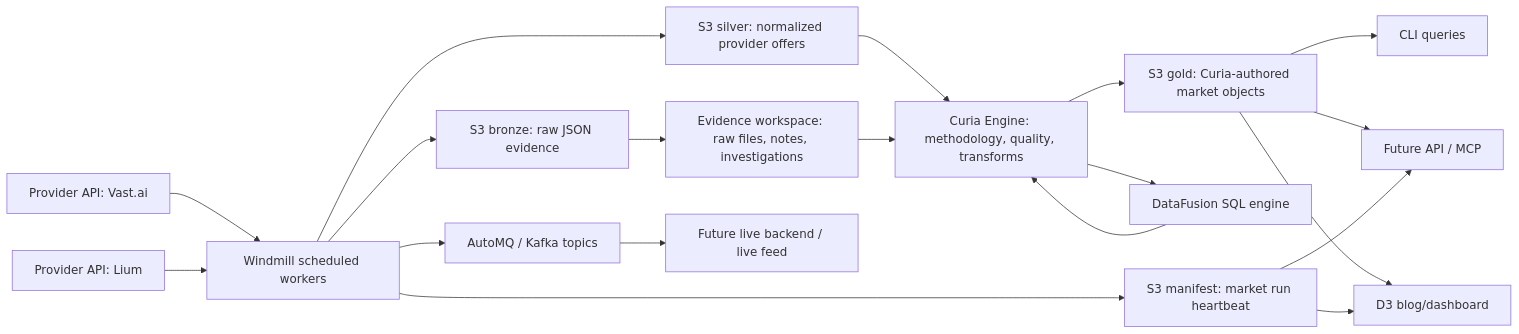
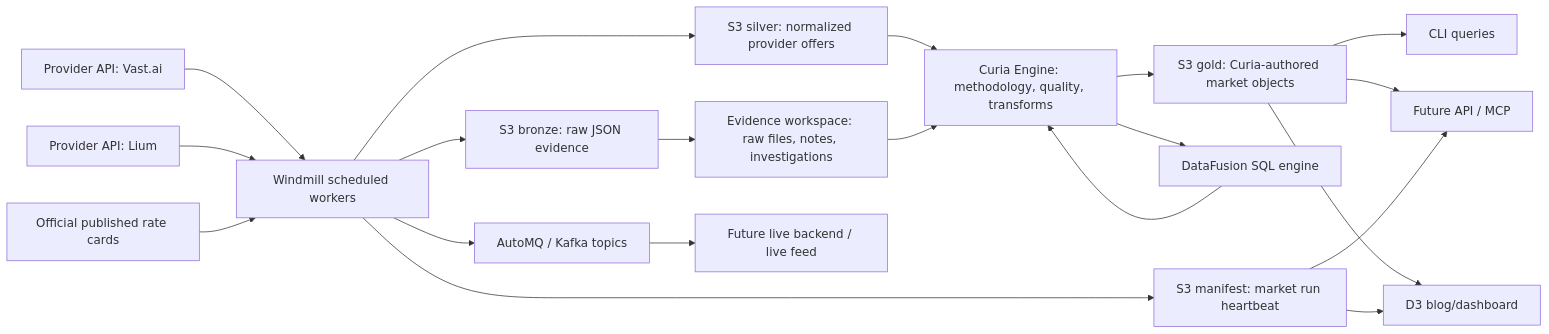
Before and after one commit to gustofied/the-compute-bazaar: the diagram in docs/architecture.md, drawn with Mermaid. The commit also changed other lines of this file and 19 other files, not shown here.

Commit message:
Add published rate-card benchmark providers

````diff
--- a/docs/architecture.md
+++ b/docs/architecture.md
@@ -7,24 +7,25 @@
 ```mermaid
 flowchart LR
   Vast["Provider API: Vast.ai"] --> Windmill["Windmill scheduled workers"]
   Lium["Provider API: Lium"] --> Windmill
+  Rates["Official published rate cards"] --> Windmill
 
   Windmill --> AutoMQ["AutoMQ / Kafka topics"]
   Windmill --> Bronze["S3 bronze: raw JSON evidence"]
   Windmill --> Silver["S3 silver: normalized provider offers"]
   Windmill --> MarketRun["S3 manifest: market run heartbeat"]
 
   Silver --> Curia["Curia Engine: methodology, quality, transforms"]
   Curia --> DataFusion["DataFusion SQL engine"]
   DataFusion --> Curia
   Curia --> Gold["S3 gold: Curia-authored market objects"]
   Bronze --> Workspace["Evidence workspace: raw files, notes, investigations"]
   Workspace --> Curia
 
   Gold --> CLI["CLI queries"]
   Gold --> API["Future API / MCP"]
   Gold --> Dashboard["D3 blog/dashboard"]
   MarketRun --> Dashboard
   MarketRun --> API
   AutoMQ --> Live["Future live backend / live feed"]
 ```
````
